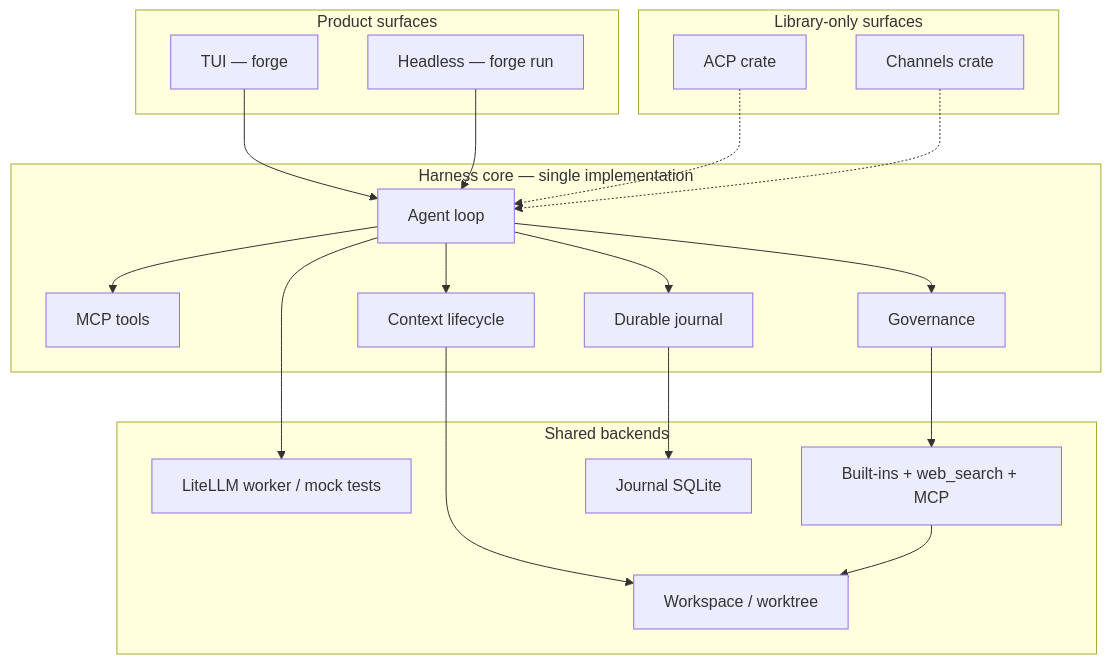
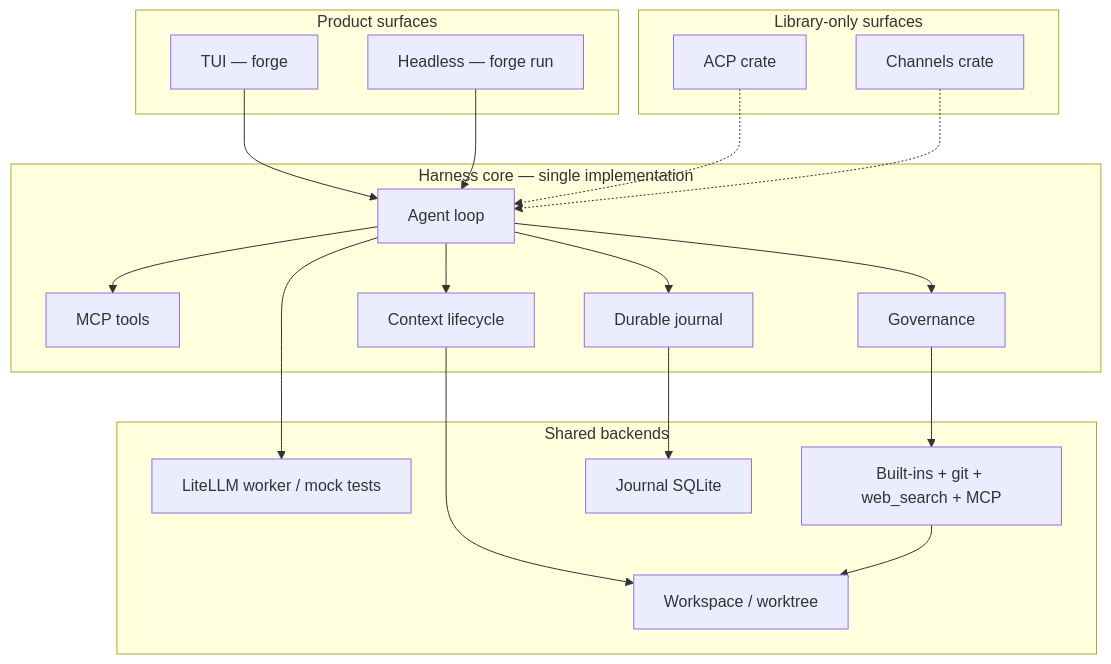
Diagram 14 of 16 in docs/architecture.md (NorviaLabs/forge), drawn with Mermaid before and after one commit. The commit also changed other lines of this file and 3 other files, not shown here.

First line of the commit message:
docs: document git built-in tool in README and architecture

````diff
--- a/docs/architecture.md
+++ b/docs/architecture.md
@@ -650,42 +651,42 @@
 ```mermaid
 flowchart TB
   subgraph product["Product surfaces"]
     TUI["TUI — forge"]
     HD["Headless — forge run"]
   end
 
   subgraph library["Library-only surfaces"]
     ACP[ACP crate]
     CH[Channels crate]
   end
 
   subgraph harness["Harness core — single implementation"]
     LOOP[Agent loop]
     MCP[MCP tools]
     CTX[Context lifecycle]
     DUR[Durable journal]
     GOV[Governance]
   end
 
   subgraph shared["Shared backends"]
     M[LiteLLM worker / mock tests]
-    TOOLS[Built-ins + web_search + MCP]
+    TOOLS[Built-ins + git + web_search + MCP]
     J[Journal SQLite]
     WS[Workspace / worktree]
   end
 
   TUI --> LOOP
   HD --> LOOP
   ACP -.-> LOOP
   CH -.-> LOOP
 
   LOOP --> CTX
   LOOP --> DUR
   LOOP --> GOV
   LOOP --> M
   LOOP --> MCP
   GOV --> TOOLS
   DUR --> J
   CTX --> WS
   TOOLS --> WS
 ```
````
